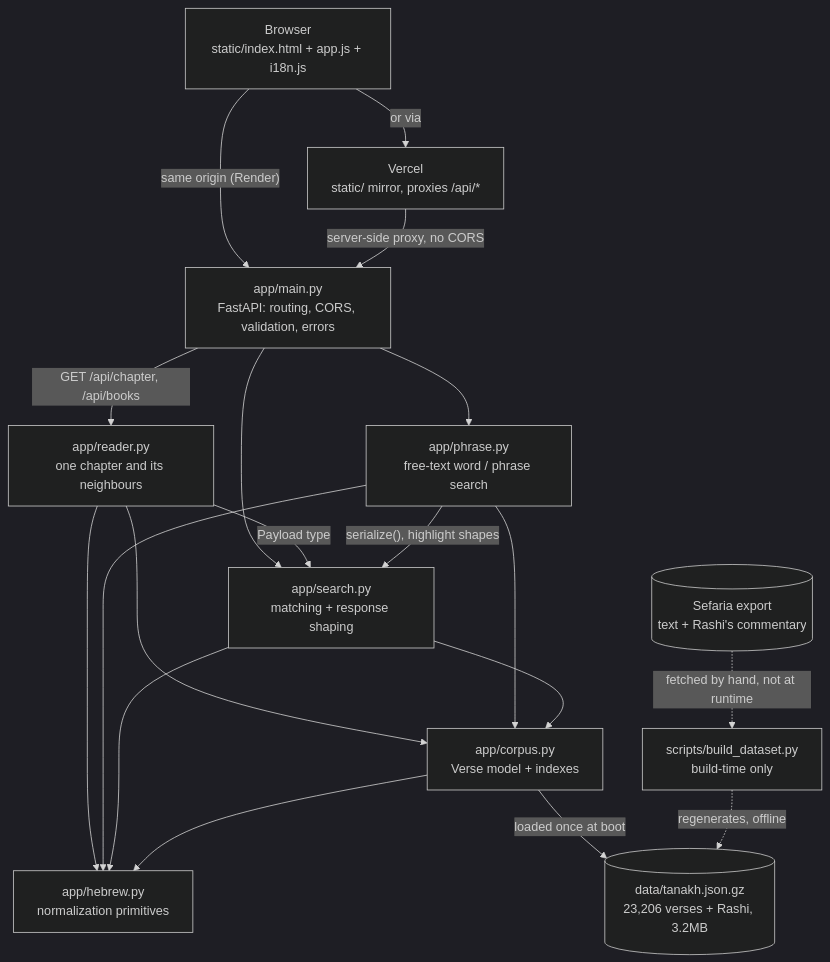
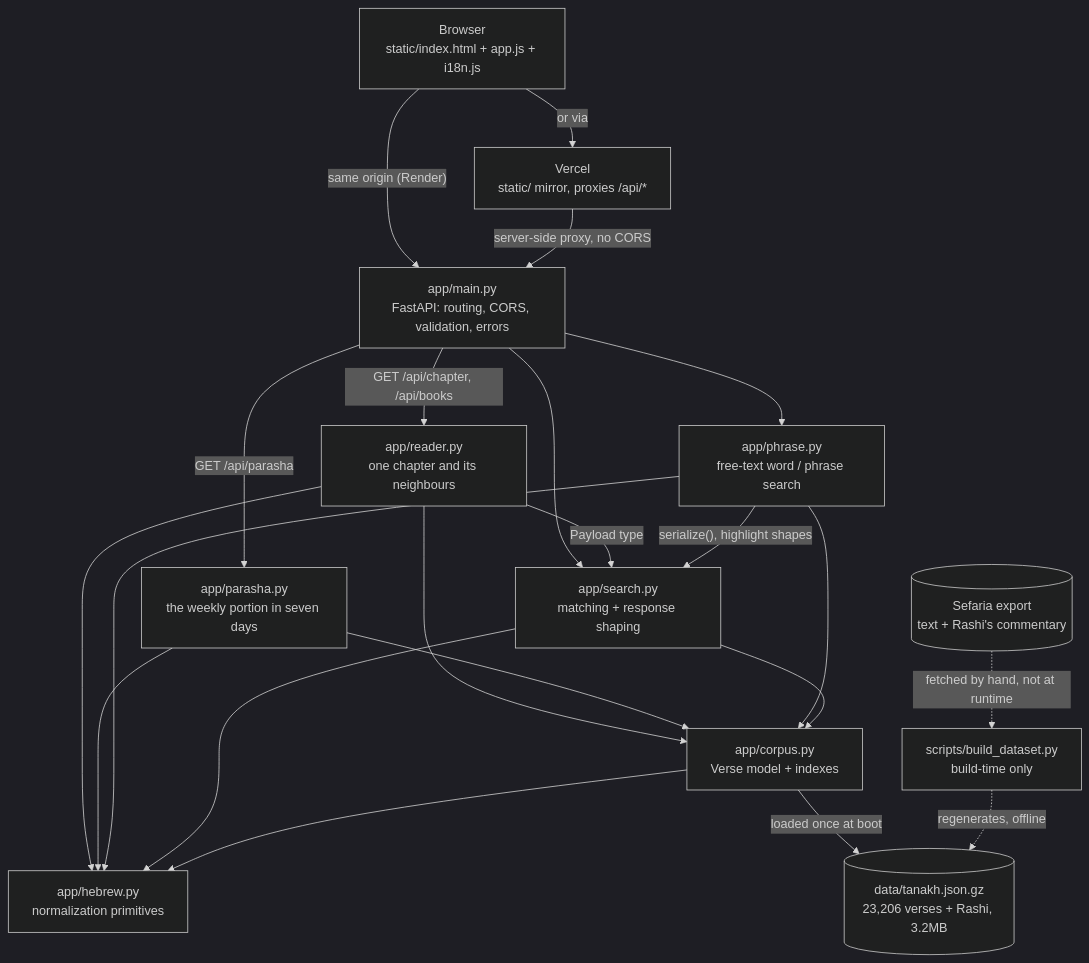
The first of 2 diagrams in docs/HLD.md (joka-7/ot-va-ot), drawn with Mermaid (dark theme) before and after one commit. The commit also changed 13 other files, not shown here.

First line of the commit message:
feat(parasha): add a weekly parasha tracker, Saturday to Friday

````diff
--- a/docs/HLD.md
+++ b/docs/HLD.md
@@ -40,33 +40,37 @@
 ```mermaid
 flowchart TD
     Browser["Browser<br/>static/index.html + app.js + i18n.js"]
     Vercel["Vercel<br/>static/ mirror, proxies /api/*"]
     Main["app/main.py<br/>FastAPI: routing, CORS, validation, errors"]
     Search["app/search.py<br/>matching + response shaping"]
     Phrase["app/phrase.py<br/>free-text word / phrase search"]
     Reader["app/reader.py<br/>one chapter and its neighbours"]
+    Parasha["app/parasha.py<br/>the weekly portion in seven days"]
     Corpus["app/corpus.py<br/>Verse model + indexes"]
     Hebrew["app/hebrew.py<br/>normalization primitives"]
     Data[("data/tanakh.json.gz<br/>23,206 verses + Rashi, 3.2MB")]
     Build["scripts/build_dataset.py<br/>build-time only"]
     Sefaria[("Sefaria export<br/>text + Rashi's commentary")]
 
     Browser -->|"same origin (Render)"| Main
     Browser -->|"or via"| Vercel
     Vercel -->|"server-side proxy, no CORS"| Main
     Main --> Search
     Main --> Phrase
     Main -->|"GET /api/chapter, /api/books"| Reader
+    Main -->|"GET /api/parasha"| Parasha
     Reader -->|"Payload type"| Search
     Reader --> Corpus
     Reader --> Hebrew
+    Parasha --> Corpus
+    Parasha --> Hebrew
     Phrase -->|"serialize(), highlight shapes"| Search
     Phrase --> Corpus
     Phrase --> Hebrew
     Search --> Corpus
     Search --> Hebrew
     Corpus --> Hebrew
     Corpus -->|"loaded once at boot"| Data
     Build -.->|"regenerates, offline"| Data
     Sefaria -.->|"fetched by hand, not at runtime"| Build
 ```
````
